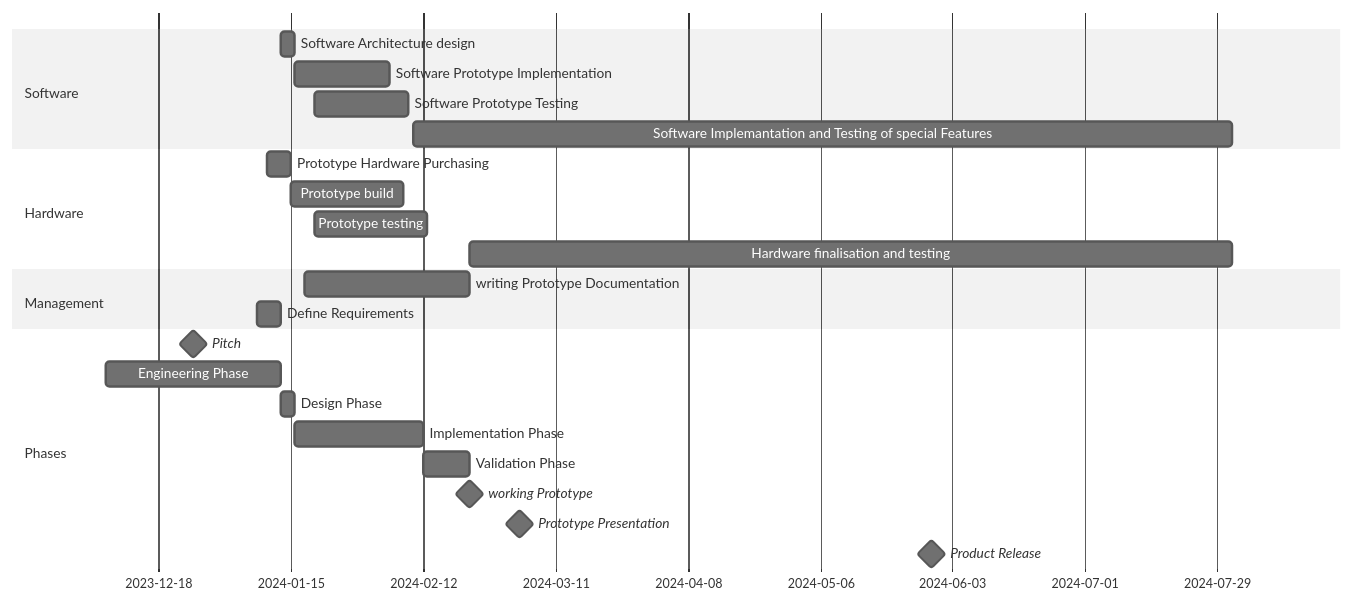
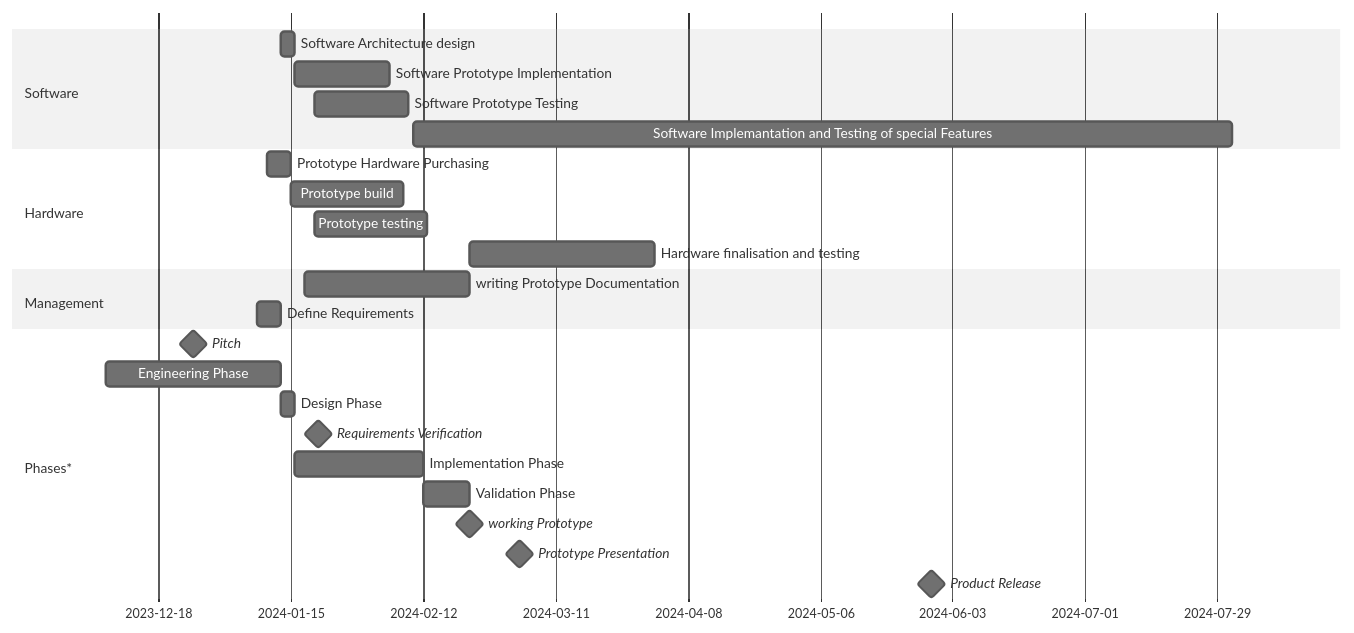
Before and after one commit to lukas1-12/Arduino_DHBW_Spiel: the diagram in Management_Development/Schedule/Schedule.md, drawn with Mermaid (neutral theme). The commit also changed other lines of this file, not shown here.

Commit message:
Updated the Schedule.

````diff
--- a/Management_Development/Schedule/Schedule.md
+++ b/Management_Development/Schedule/Schedule.md
@@ -9,28 +9,29 @@
 ```mermaid
 gantt
     tickInterval 4week
     weekday monday
     dateFormat YYYY-MM-DD
     section Software
         Software Architecture design        :a1, 2024-01-13, 3d
         Software Prototype Implementation   :a2, after a1, 20d
         Software Prototype Testing          :a3, 2024-01-20, 20d
         Software Implemantation and Testing of special Features :2024-02-10, 2024-08-01
     section Hardware
         Prototype Hardware Purchasing       :b1, 2024-01-10, 5d
         Prototype build                     :after b1, 24d
         Prototype testing                   :2024-01-20, 24d
-        Hardware finalisation and testing   :2024-02-22, 2024-08-01
+        Hardware finalisation and testing   :2024-02-22, 2024-04-01
     section Management
         writing Prototype Documentation     :c1, 2024-01-18, 2024-02-22
         Define Requirements                 :c2, 2024-01-08, 2024-01-13
-    section Phases
+    section Phases*
         Pitch                               :milestone, 2023-12-07
         Engineering Phase                   :d1, 2023-12-07, 2024-01-13
         Design Phase                        :d2, after d1, 3d
+        Requirements Verification           : milestone, 2024-01-26
         Implementation Phase                :d3, after d2, 2024-02-12
         Validation Phase                    :d4, after d3, 2024-02-22
         working Prototype                   :milestone, 2024-02-22 
         Prototype Presentation              :milestone, 2024-03-14
         Product Release                     :milestone, 2024-08-14
 ```
````
